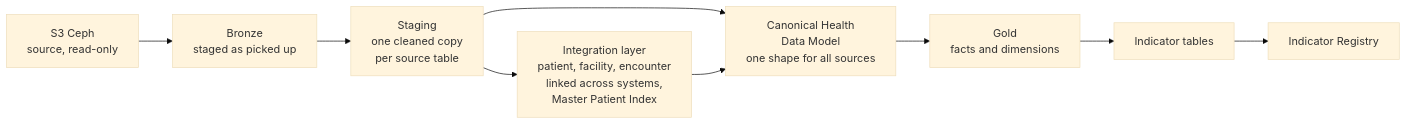
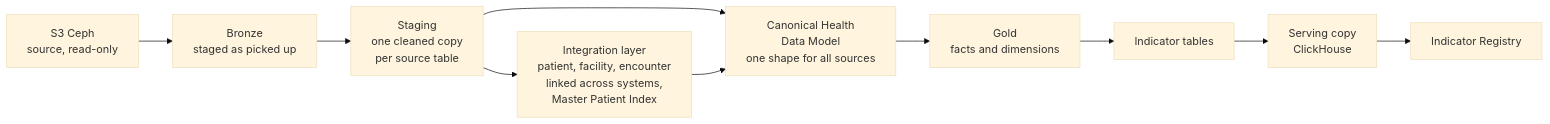
The first of 2 diagrams in planning/03-data-layers.md (koskedk/ndl-info), drawn with Mermaid (base theme) before and after one commit. The commit also changed other lines of this file and 16 other files, not shown here.

````diff
--- a/planning/03-data-layers.md
+++ b/planning/03-data-layers.md
@@ -7,11 +7,12 @@
 ```mermaid
 flowchart LR
   SRC[S3 Ceph<br/>source, read-only] --> B[Bronze<br/>staged as picked up]
   B --> ST[Staging<br/>one cleaned copy<br/>per source table]
   ST --> IN[Integration layer<br/>patient, facility, encounter<br/>linked across systems,<br/>Master Patient Index]
   ST --> CM
   IN --> CM[Canonical Health<br/>Data Model<br/>one shape for all sources]
   CM --> G[Gold<br/>facts and dimensions]
   G --> IT[Indicator tables]
-  IT --> REG[Indicator Registry]
+  IT --> CH[Serving copy<br/>ClickHouse]
+  CH --> REG[Indicator Registry]
 ```
````
